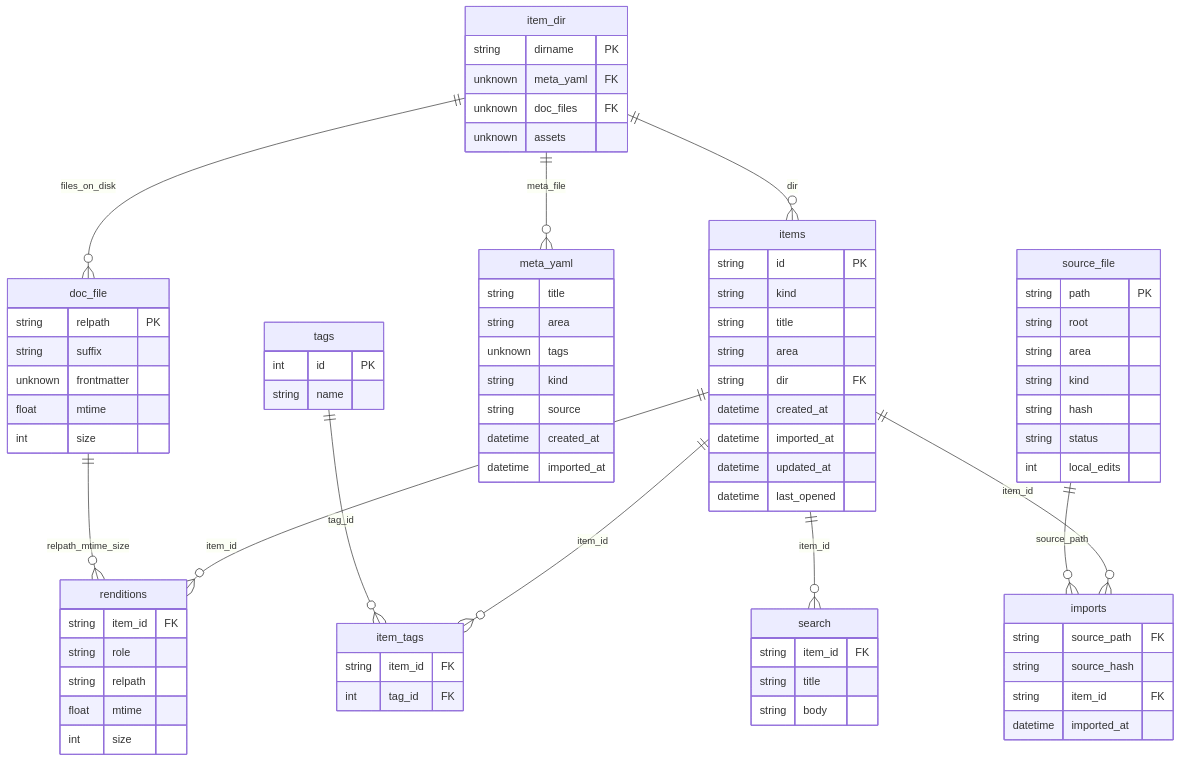
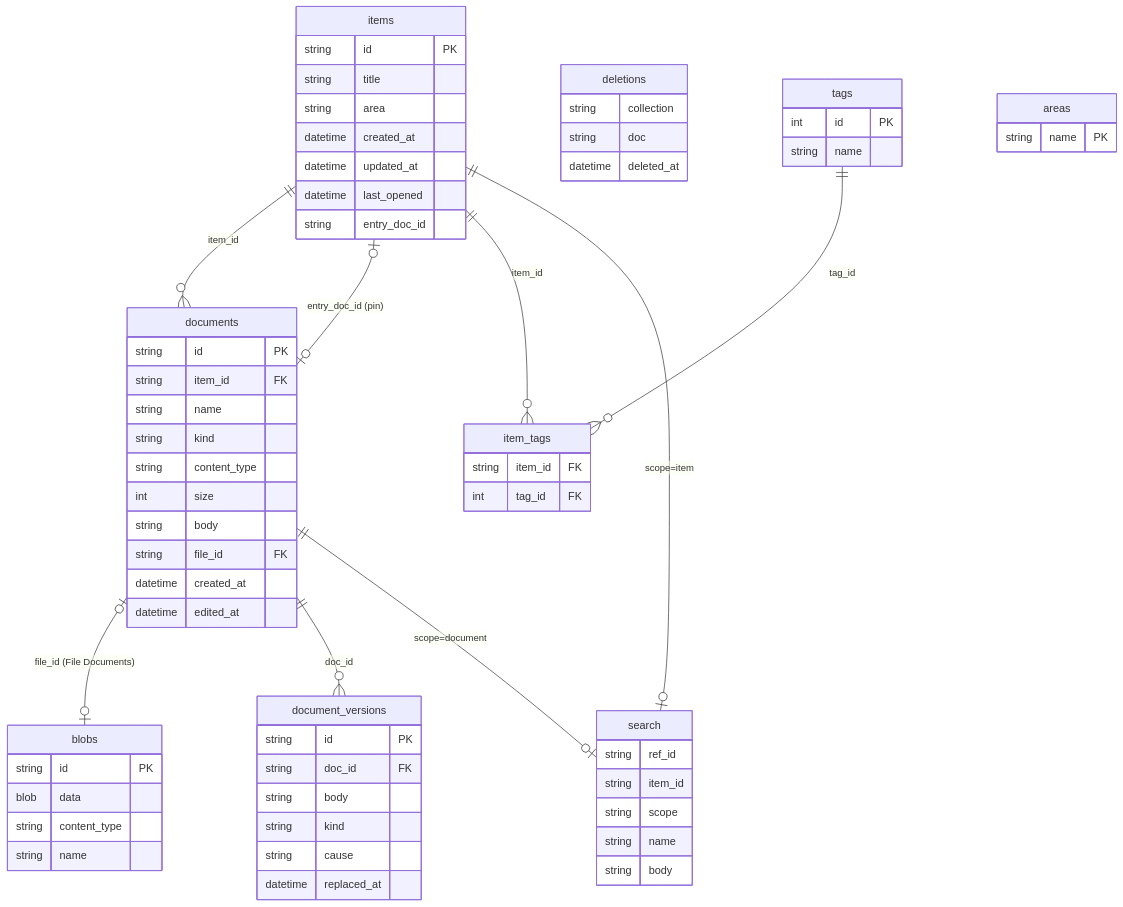
One commit to EB3R5/library changed the diagram in docs/schema.mmd. Above: the diagram before and after it, drawn with Mermaid. The commit also changed 33 other files, not shown here.

```diff
--- a/docs/schema.mmd
+++ b/docs/schema.mmd
@@ -1,79 +1,67 @@
 erDiagram
     items {
         string id PK
-        string kind
         string title
         string area
-        string dir FK
         datetime created_at
-        datetime imported_at
         datetime updated_at
         datetime last_opened
+        string entry_doc_id
     }
-    renditions {
+    documents {
+        string id PK
         string item_id FK
-        string role
-        string relpath
-        float mtime
+        string name
+        string kind
+        string content_type
         int size
+        string body
+        string file_id FK
+        datetime created_at
+        datetime edited_at
+    }
+    blobs {
+        string id PK
+        blob data
+        string content_type
+        string name
+    }
+    document_versions {
+        string id PK
+        string doc_id FK
+        string body
+        string kind
+        string cause
+        datetime replaced_at
+    }
+    deletions {
+        string collection
+        string doc
+        datetime deleted_at
     }
     tags {
         int id PK
         string name
     }
     item_tags {
         string item_id FK
         int tag_id FK
     }
-    imports {
-        string source_path FK
-        string source_hash
-        string item_id FK
-        datetime imported_at
+    areas {
+        string name PK
     }
     search {
-        string item_id FK
-        string title
+        string ref_id
+        string item_id
+        string scope
+        string name
         string body
     }
-    item_dir {
-        string dirname PK
-        unknown meta_yaml FK
-        unknown doc_files FK
-        unknown assets
-    }
-    meta_yaml {
-        string title
-        string area
-        unknown tags
-        string kind
-        string source
-        datetime created_at
-        datetime imported_at
-    }
-    doc_file {
-        string relpath PK
-        string suffix
-        unknown frontmatter
-        float mtime
-        int size
-    }
-    source_file {
-        string path PK
-        string root
-        string area
-        string kind
-        string hash
-        string status
-        int local_edits
-    }
-    items ||--o{ renditions : "item_id"
+    items ||--o{ documents : "item_id"
+    items |o--o| documents : "entry_doc_id (pin)"
+    documents |o--o| blobs : "file_id (File Documents)"
+    documents ||--o{ document_versions : "doc_id"
     items ||--o{ item_tags : "item_id"
     tags ||--o{ item_tags : "tag_id"
-    items ||--o{ imports : "item_id"
-    items ||--o{ search : "item_id"
-    item_dir ||--o{ items : "dir"
-    item_dir ||--o{ meta_yaml : "meta_file"
-    item_dir ||--o{ doc_file : "files_on_disk"
-    doc_file ||--o{ renditions : "relpath_mtime_size"
-    source_file ||--o{ imports : "source_path"
+    items ||--o| search : "scope=item"
+    documents ||--o| search : "scope=document"
```
